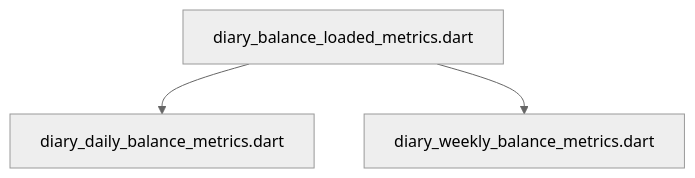
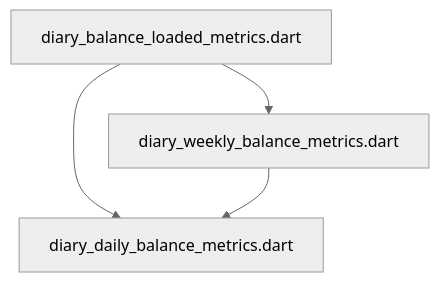
One commit to repinw/yamt changed the diagram in lib/features/diary/application/diary_burn_week_balance/DEPS.md. Above: the diagram before and after it, drawn with Mermaid (neutral theme). The commit also changed 49 other files, not shown here.

````diff
--- a/lib/features/diary/application/diary_burn_week_balance/DEPS.md
+++ b/lib/features/diary/application/diary_burn_week_balance/DEPS.md
@@ -6,5 +6,6 @@
 ```mermaid
 flowchart TD;
 diary_balance_loaded_metrics.dart-->diary_daily_balance_metrics.dart;
 diary_balance_loaded_metrics.dart-->diary_weekly_balance_metrics.dart;
+diary_weekly_balance_metrics.dart-->diary_daily_balance_metrics.dart;
 ```
````
